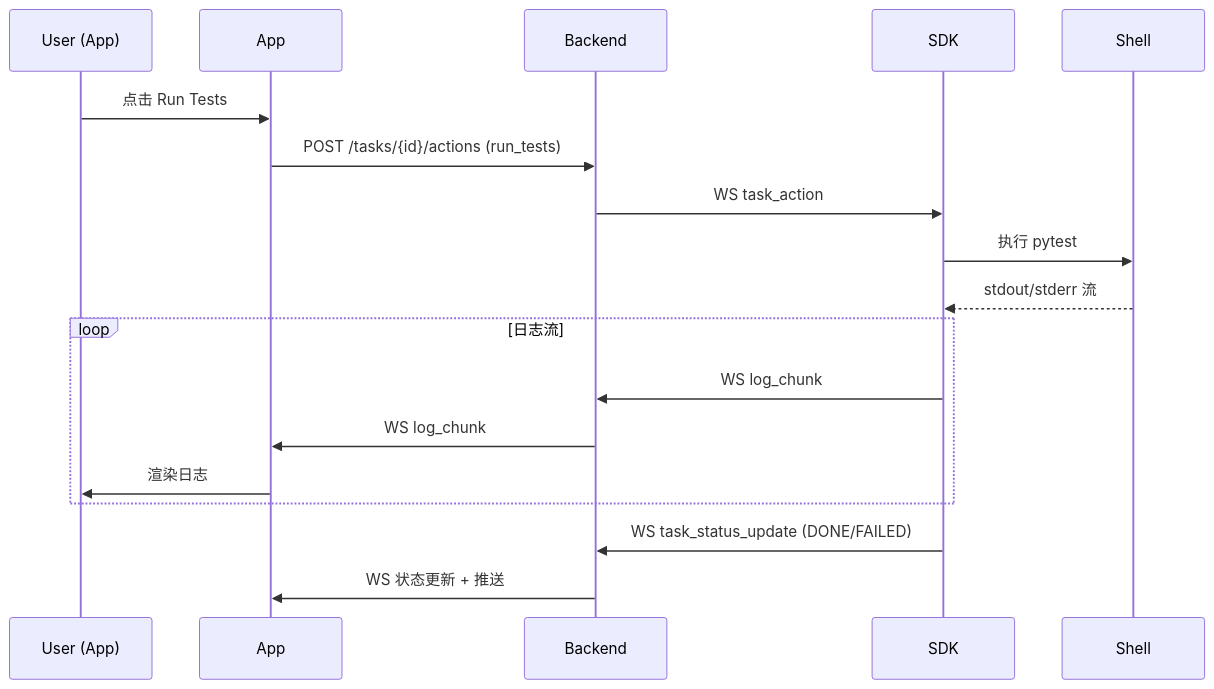
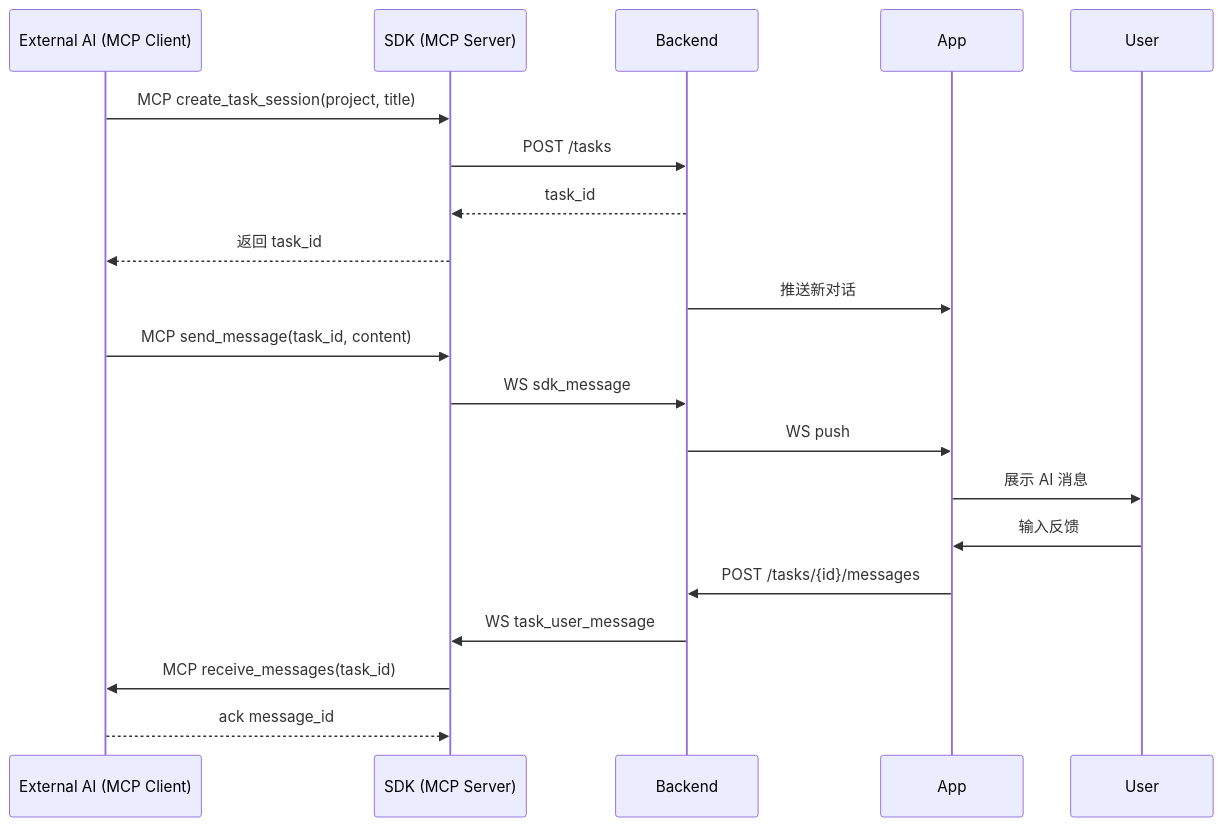
The second of 2 diagrams in conductor-plan.md (DuinoDu/conductor), drawn with Mermaid before and after one commit. The commit also changed other lines of this file and 229 other files, not shown here.

````diff
--- a/conductor-plan.md
+++ b/conductor-plan.md
@@ -773,21 +891,23 @@
 ```mermaid
 sequenceDiagram
-    participant U as User (App)
+    participant X as External AI (MCP Client)
+    participant S as SDK (MCP Server)
+    participant B as Backend
     participant A as App
-    participant B as Backend
-    participant S as SDK
-    participant SH as Shell
+    participant U as User
 
-    U->>A: 点击 Run Tests
-    A->>B: POST /tasks/{id}/actions (run_tests)
-    B->>S: WS task_action
-    S->>SH: 执行 pytest
-    SH-->>S: stdout/stderr 流
-    loop 日志流
-        S->>B: WS log_chunk
-        B->>A: WS log_chunk
-        A->>U: 渲染日志
-    end
-    S->>B: WS task_status_update (DONE/FAILED)
-    B->>A: WS 状态更新 + 推送
+    X->>S: MCP create_task_session(project, title)
+    S->>B: POST /tasks
+    B-->>S: task_id
+    S-->>X: 返回 task_id
+    B->>A: 推送新对话
+    X->>S: MCP send_message(task_id, content)
+    S->>B: WS sdk_message
+    B->>A: WS push
+    A->>U: 展示 AI 消息
+    U->>A: 输入反馈
+    A->>B: POST /tasks/{id}/messages
+    B->>S: WS task_user_message
+    S->>X: MCP receive_messages(task_id)
+    X-->>S: ack message_id
 ```
````
